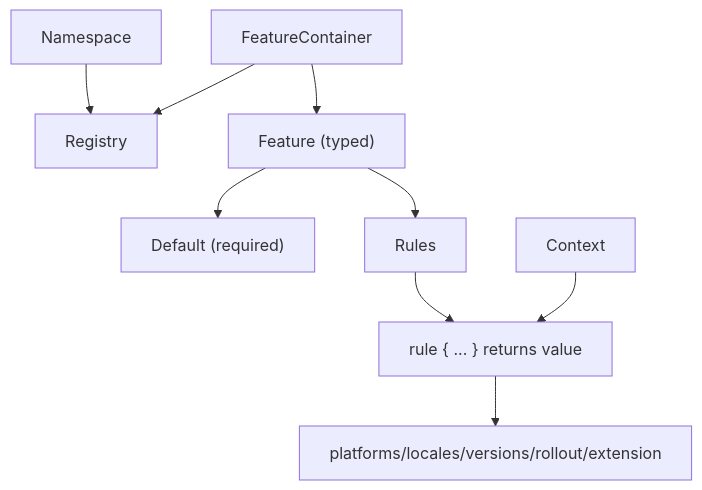
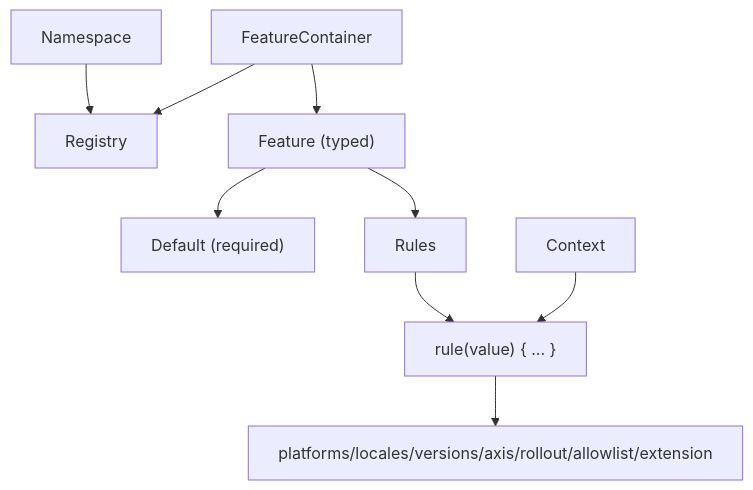
The diagram in docs/03-core-concepts.md (amichne/konditional), drawn with Mermaid before and after one commit. The commit also changed other lines of this file and 33 other files, not shown here.

````diff
--- a/docs/03-core-concepts.md
+++ b/docs/03-core-concepts.md
@@ -5,11 +6,11 @@
 ```mermaid
 flowchart TD
-  N["Namespace"] --> R["Registry"]
-  C["FeatureContainer"] --> R
-  C --> F["Feature (typed)"]
-  F --> D["Default (required)"]
-  F --> Rules["Rules"]
-  Rules --> Rule["rule { ... } returns value"]
-  Rule --> Criteria["platforms/locales/versions/rollout/extension"]
-  X["Context"] --> Rule
+    N["Namespace"] --> R["Registry"]
+    C["FeatureContainer"] --> R
+    C --> F["Feature (typed)"]
+    F --> D["Default (required)"]
+    F --> Rules["Rules"]
+    Rules --> Rule["rule(value) { ... }"]
+    Rule --> Criteria["platforms/locales/versions/axis/rollout/allowlist/extension"]
+    X["Context"] --> Rule
 ```
````
